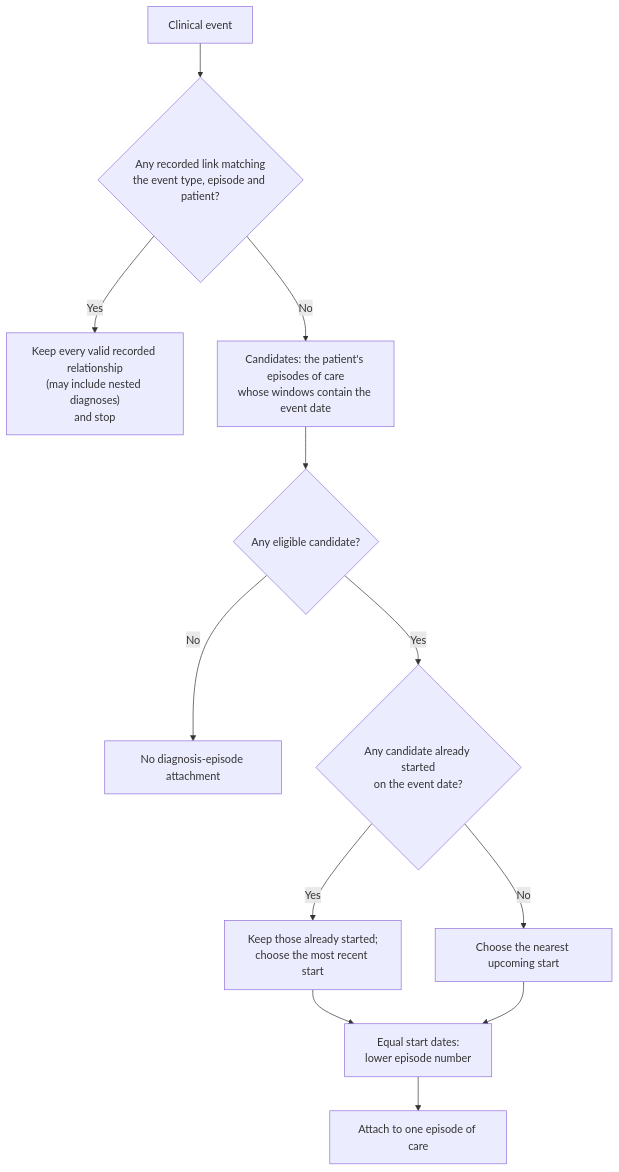
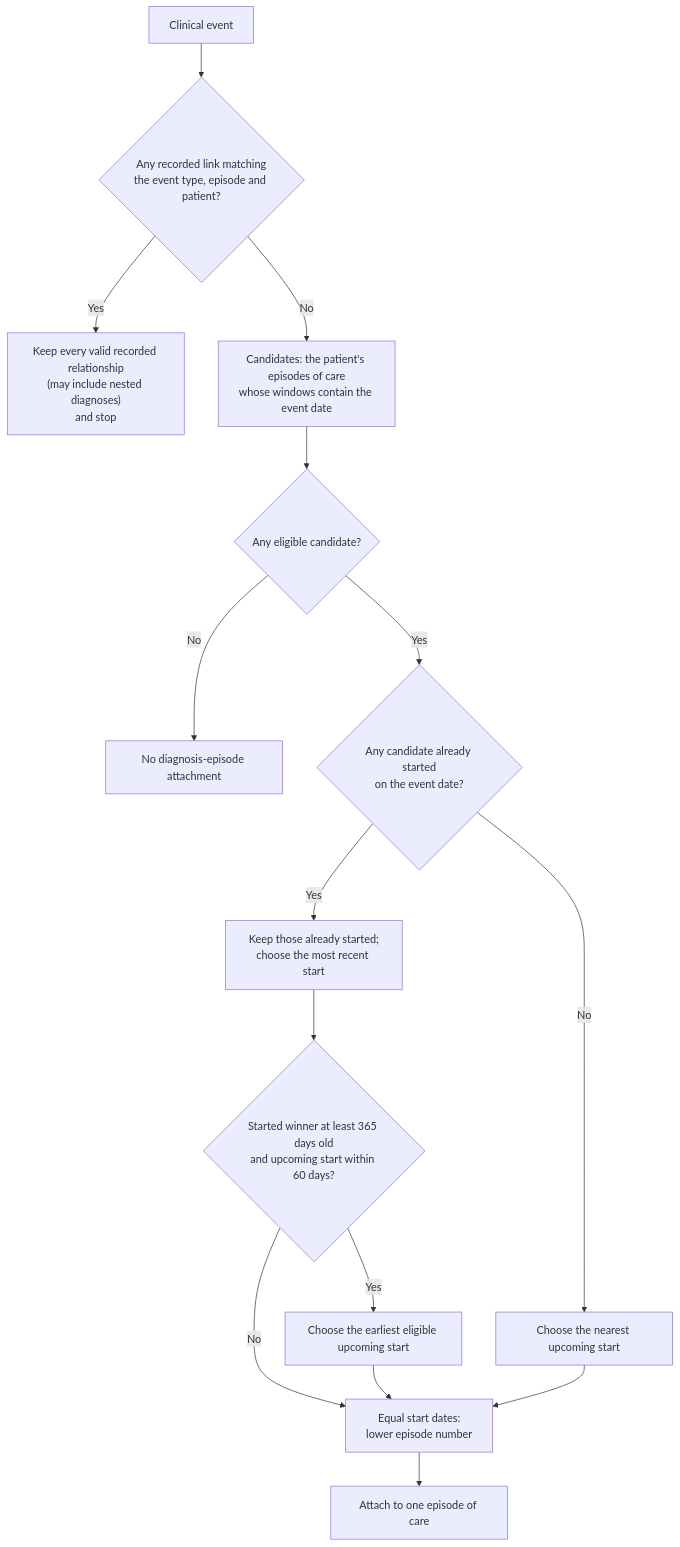
Before and after one commit to AustralianCancerDataNetwork/oa-cohorts: the first of 3 diagrams in docs/episode_attachment.md, drawn with Mermaid. The commit also changed other lines of this file and 14 other files, not shown here.

````diff
--- a/docs/episode_attachment.md
+++ b/docs/episode_attachment.md
@@ -37,14 +37,17 @@
 ```mermaid
 flowchart TD
     event["Clinical event"] --> linked{"Any recorded link matching<br/>the event type, episode and patient?"}
     linked -- "Yes" --> recorded["Keep every valid recorded relationship<br/>(may include nested diagnoses)<br/>and stop"]
     linked -- "No" --> window["Candidates: the patient's episodes of care<br/>whose windows contain the event date"]
     window --> eligible{"Any eligible candidate?"}
     eligible -- "No" --> none["No diagnosis-episode attachment"]
     eligible -- "Yes" --> started{"Any candidate already started<br/>on the event date?"}
     started -- "Yes" --> recent["Keep those already started;<br/>choose the most recent start"]
     started -- "No" --> nearest["Choose the nearest upcoming start"]
-    recent --> tie["Equal start dates:<br/>lower episode number"]
+    recent --> override{"Started winner at least 365 days old<br/>and upcoming start within 60 days?"}
+    override -- "Yes" --> upcoming["Choose the earliest eligible upcoming start"]
+    override -- "No" --> tie
+    upcoming --> tie["Equal start dates:<br/>lower episode number"]
     nearest --> tie
     tie --> one["Attach to one episode of care"]
 ```
````
